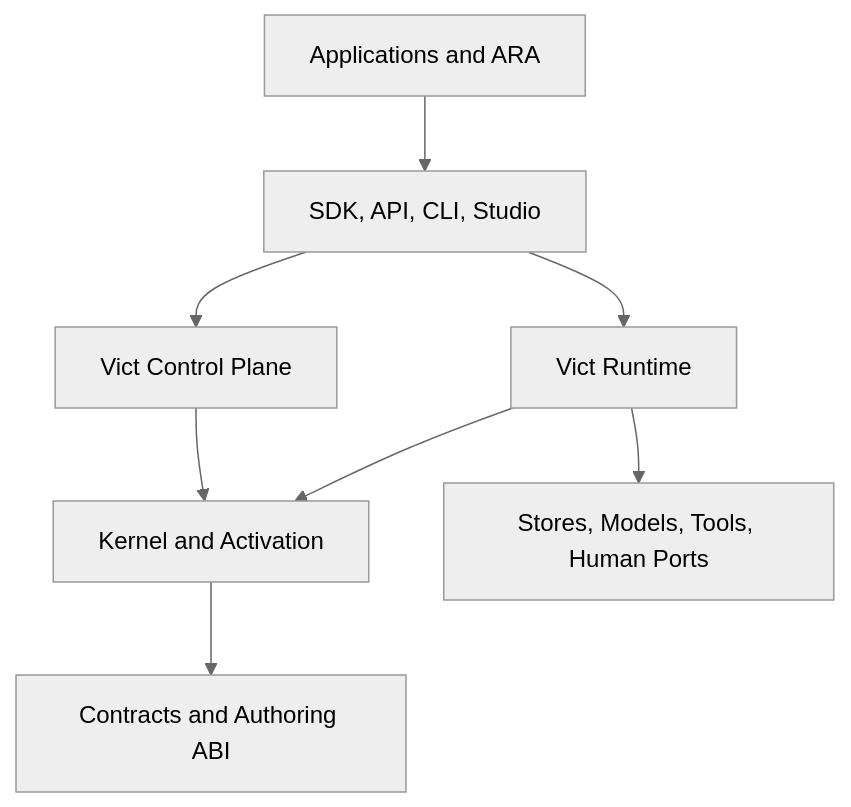
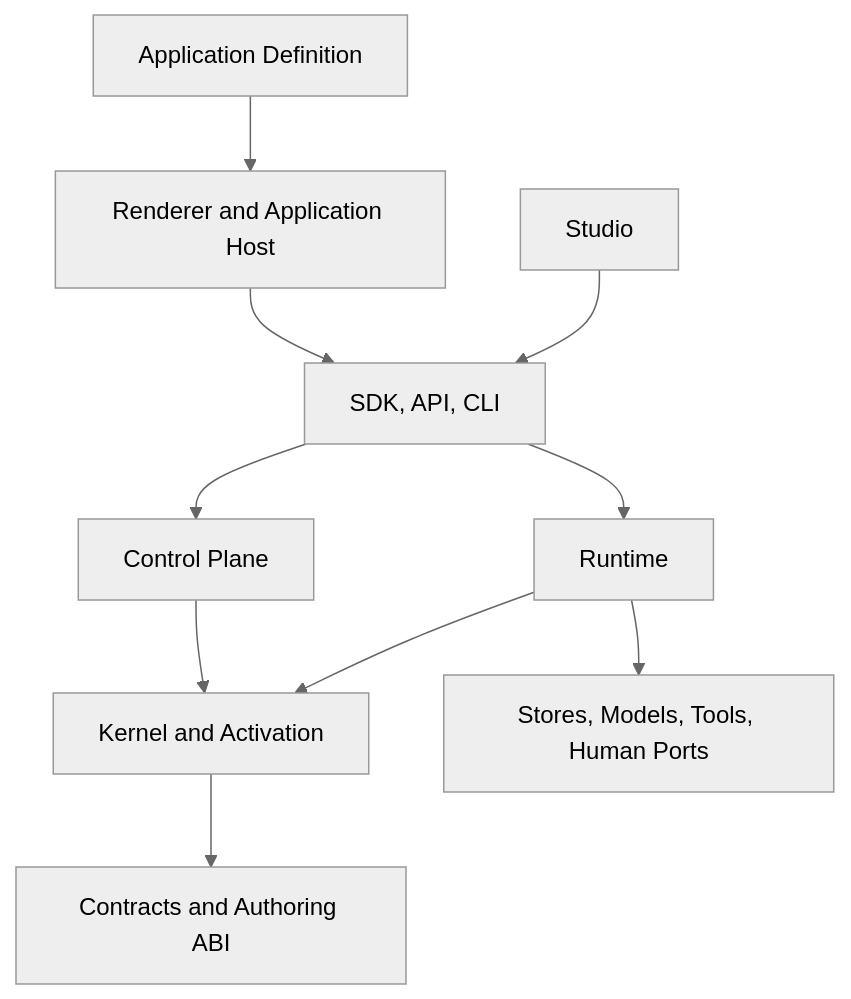
Before and after one commit to radz2291/vict-02: the first of 8 diagrams in docs/VICT-SYSTEM-REFERENCE.md, drawn with Mermaid (neutral theme). The commit also changed other lines of this file and 4 other files, not shown here.

First line of the commit message:
docs(architecture): accept application definition layer

````diff
--- a/docs/VICT-SYSTEM-REFERENCE.md
+++ b/docs/VICT-SYSTEM-REFERENCE.md
@@ -83,10 +100,12 @@
 ```mermaid
 flowchart TB
-    APP["Applications and ARA"] --> IFACE["SDK, API, CLI, Studio"]
-    IFACE --> CONTROL["Vict Control Plane"]
-    IFACE --> RUNTIME["Vict Runtime"]
+    DEF["Application Definition"] --> APP["Renderer and Application Host"]
+    APP --> IFACE["SDK, API, CLI"]
+    STUDIO["Studio"] --> IFACE
+    IFACE --> CONTROL["Control Plane"]
+    IFACE --> RUNTIME["Runtime"]
     CONTROL --> KERNEL["Kernel and Activation"]
     RUNTIME --> KERNEL
     KERNEL --> BASE["Contracts and Authoring ABI"]
     RUNTIME --> PORTS["Stores, Models, Tools, Human Ports"]
 ```
````
